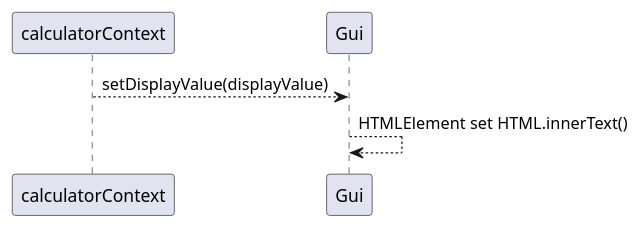
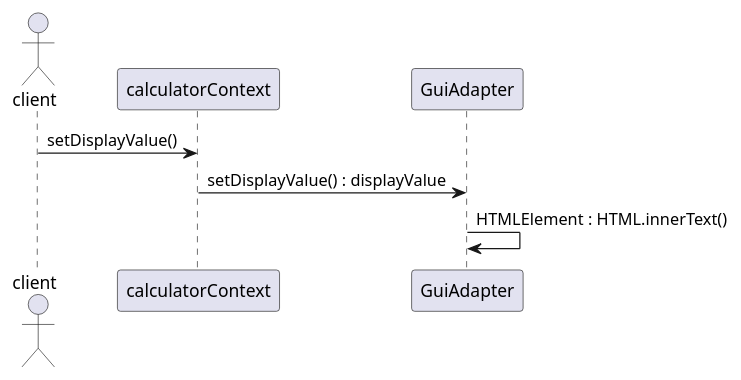
The diagram in puml/setDisplayValueSequence.puml (nicolas-00/Taschenrechner), drawn with PlantUML before and after one commit.

Commit message:
Sequence Update

```diff
--- a/puml/setDisplayValueSequence.puml
+++ b/puml/setDisplayValueSequence.puml
@@ -1,12 +1,13 @@
 @startuml
 
+actor client
+participant calculatorContext
+participant GuiAdapter
 
-participant calculatorContext
-participant Gui
-
-calculatorContext --> Gui : setDisplayValue(displayValue)
-Gui --> Gui : HTMLElement set HTML.innerText()
+client -> calculatorContext : setDisplayValue()
+calculatorContext -> GuiAdapter : setDisplayValue() : displayValue
+GuiAdapter -> GuiAdapter : HTMLElement : HTML.innerText()
 
 
 
 @enduml
```
